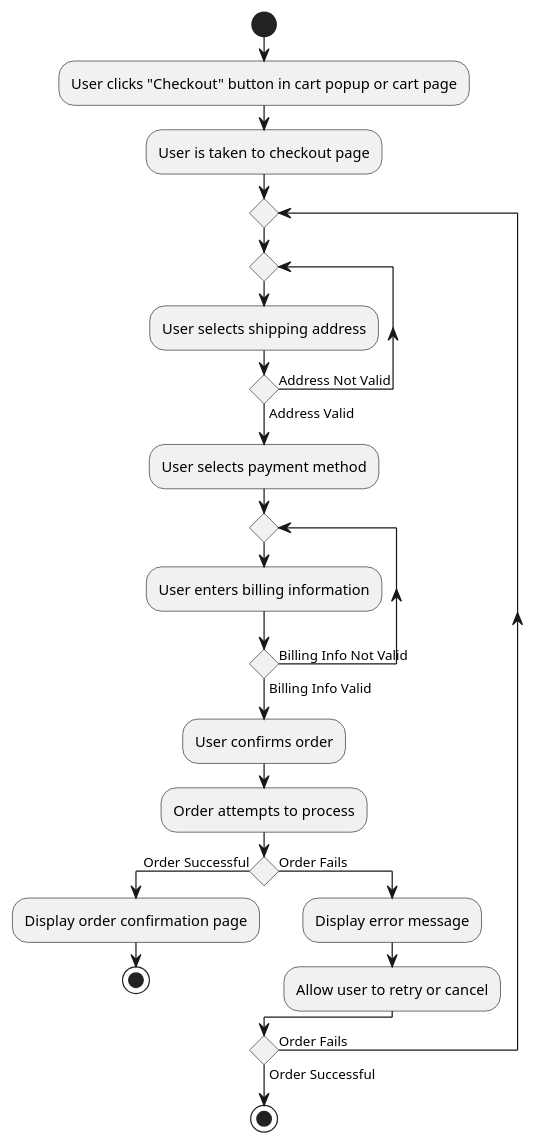
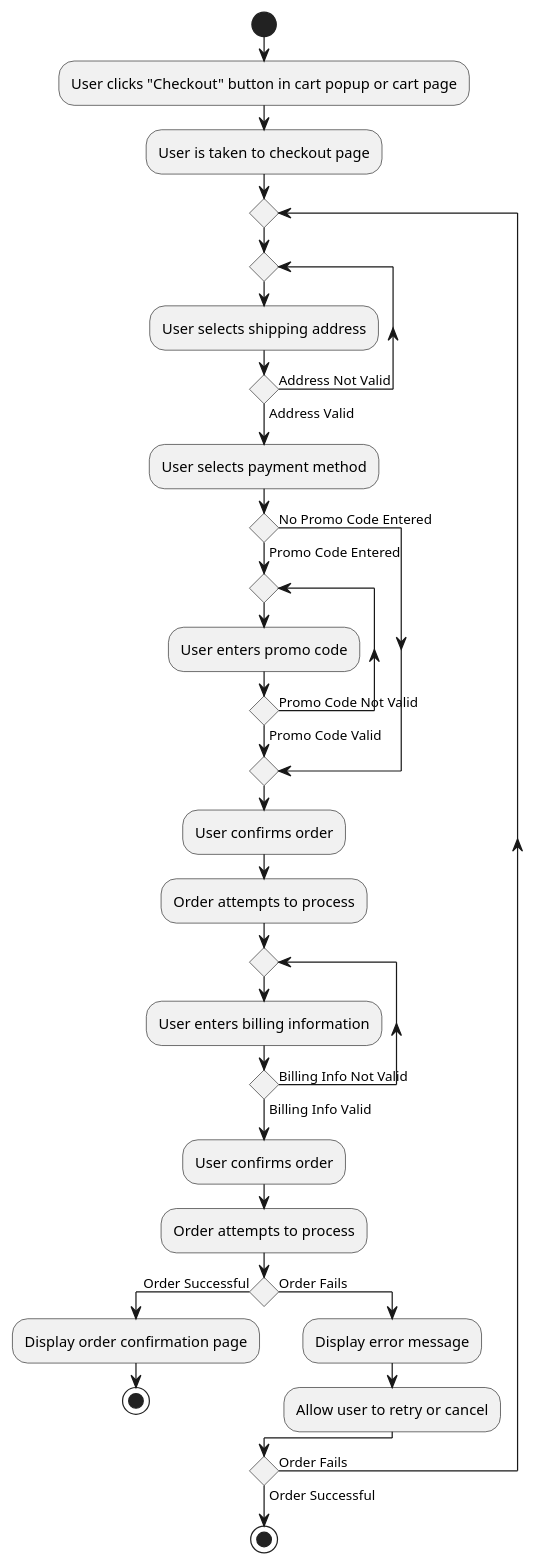
Before and after one commit to HighlyHylian/online-ecommerce-platform: the diagram in diagrams/US-08-09 Activity.puml, drawn with PlantUML.

Commit message:
Address #94

```diff
--- a/diagrams/US-08-09 Activity.puml
+++ b/diagrams/US-08-09 Activity.puml
@@ -1,24 +1,32 @@
 @startuml US-08-09 Activity
 start  
 :User clicks "Checkout" button in cart popup or cart page;
 :User is taken to checkout page;
 repeat
     repeat
         :User selects shipping address;
     repeat while () is (Address Not Valid) not (Address Valid)
     :User selects payment method;
+    if () then (Promo Code Entered)
+        repeat
+            :User enters promo code;
+        repeat while () is (Promo Code Not Valid) not (Promo Code Valid)
+    else (No Promo Code Entered)
+    endif
+    :User confirms order;
+    :Order attempts to process;
     repeat
         :User enters billing information;
     repeat while () is (Billing Info Not Valid) not (Billing Info Valid)
     :User confirms order;
     :Order attempts to process;
     if () then (Order Successful)
         :Display order confirmation page;
         stop
     else (Order Fails)
         :Display error message;
         :Allow user to retry or cancel;
     endif
 repeat while () is (Order Fails) not (Order Successful)
 stop
 @enduml
```
